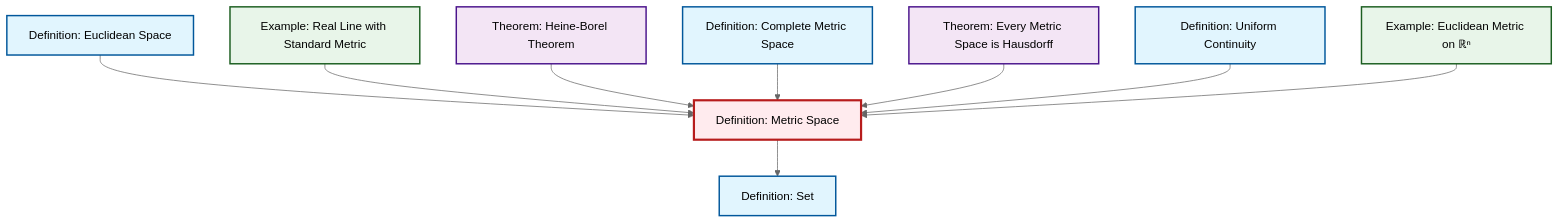
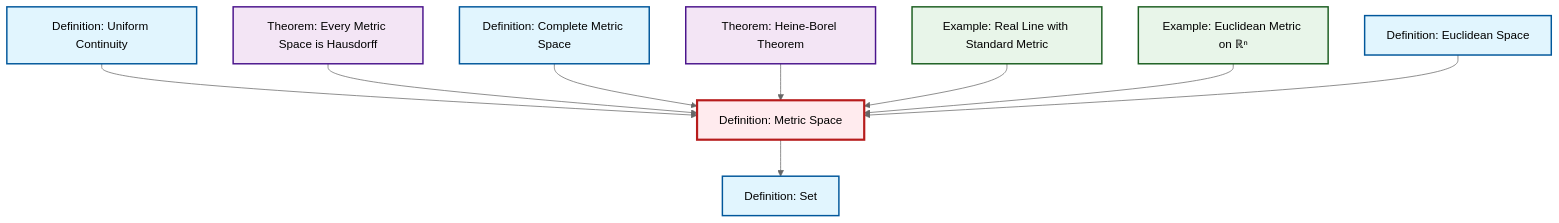
Before and after one commit to RK0429/ModernMath: the diagram in content/en/analysis/def-metric-space.qmd, drawn with Mermaid (neutral theme). The commit also changed other lines of this file and 615 other files, not shown here.

````diff
--- a/content/en/analysis/def-metric-space.qmd
+++ b/content/en/analysis/def-metric-space.qmd
@@ -50,35 +50,35 @@
 ```{mermaid}
 %%| fig-cap: "Local dependency graph"
 graph TD
     classDef definition fill:#e1f5fe,stroke:#01579b,stroke-width:2px
     classDef theorem fill:#f3e5f5,stroke:#4a148c,stroke-width:2px
     classDef axiom fill:#fff3e0,stroke:#e65100,stroke-width:2px
     classDef example fill:#e8f5e9,stroke:#1b5e20,stroke-width:2px
     classDef current fill:#ffebee,stroke:#b71c1c,stroke-width:3px
+    def-metric-space["Definition: Metric Space"]:::definition
+    def-set["Definition: Set"]:::definition
+    ex-real-line-metric["Example: Real Line with Standard Metric"]:::example
+    ex-euclidean-metric["Example: Euclidean Metric on ℝⁿ"]:::example
+    def-complete-metric-space["Definition: Complete Metric Space"]:::definition
+    def-euclidean-space["Definition: Euclidean Space"]:::definition
+    thm-heine-borel["Theorem: Heine-Borel Theorem"]:::theorem
     thm-metric-hausdorff["Theorem: Every Metric Space is Hausdorff"]:::theorem
     def-uniform-continuity["Definition: Uniform Continuity"]:::definition
-    def-complete-metric-space["Definition: Complete Metric Space"]:::definition
-    def-set["Definition: Set"]:::definition
-    thm-heine-borel["Theorem: Heine-Borel Theorem"]:::theorem
-    def-metric-space["Definition: Metric Space"]:::definition
-    def-euclidean-space["Definition: Euclidean Space"]:::definition
-    ex-real-line-metric["Example: Real Line with Standard Metric"]:::example
-    ex-euclidean-metric["Example: Euclidean Metric on ℝⁿ"]:::example
+    def-uniform-continuity --> def-metric-space
+    thm-metric-hausdorff --> def-metric-space
+    def-complete-metric-space --> def-metric-space
+    thm-heine-borel --> def-metric-space
+    ex-real-line-metric --> def-metric-space
     def-metric-space --> def-set
+    ex-euclidean-metric --> def-metric-space
     def-euclidean-space --> def-metric-space
-    ex-real-line-metric --> def-metric-space
-    thm-heine-borel --> def-metric-space
-    def-complete-metric-space --> def-metric-space
-    thm-metric-hausdorff --> def-metric-space
-    def-uniform-continuity --> def-metric-space
-    ex-euclidean-metric --> def-metric-space
     class def-metric-space current
+    click def-set "def-set.html" "Go to Set definition"
+    click ex-real-line-metric "ex-real-line-metric.html" "Go to Real Line with Standard Metric example"
+    click ex-euclidean-metric "ex-euclidean-metric.html" "Go to Euclidean Metric on ℝⁿ example"
+    click def-complete-metric-space "def-complete-metric-space.html" "Go to Complete Metric Space definition"
+    click def-euclidean-space "def-euclidean-space.html" "Go to Euclidean Space definition"
+    click thm-heine-borel "thm-heine-borel.html" "Go to Heine-Borel Theorem theorem"
     click thm-metric-hausdorff "thm-metric-hausdorff.html" "Go to Every Metric Space is Hausdorff theorem"
     click def-uniform-continuity "def-uniform-continuity.html" "Go to Uniform Continuity definition"
-    click def-complete-metric-space "def-complete-metric-space.html" "Go to Complete Metric Space definition"
-    click def-set "def-set.html" "Go to Set definition"
-    click thm-heine-borel "thm-heine-borel.html" "Go to Heine-Borel Theorem theorem"
-    click def-euclidean-space "def-euclidean-space.html" "Go to Euclidean Space definition"
-    click ex-real-line-metric "ex-real-line-metric.html" "Go to Real Line with Standard Metric example"
-    click ex-euclidean-metric "ex-euclidean-metric.html" "Go to Euclidean Metric on ℝⁿ example"
 ```
````
